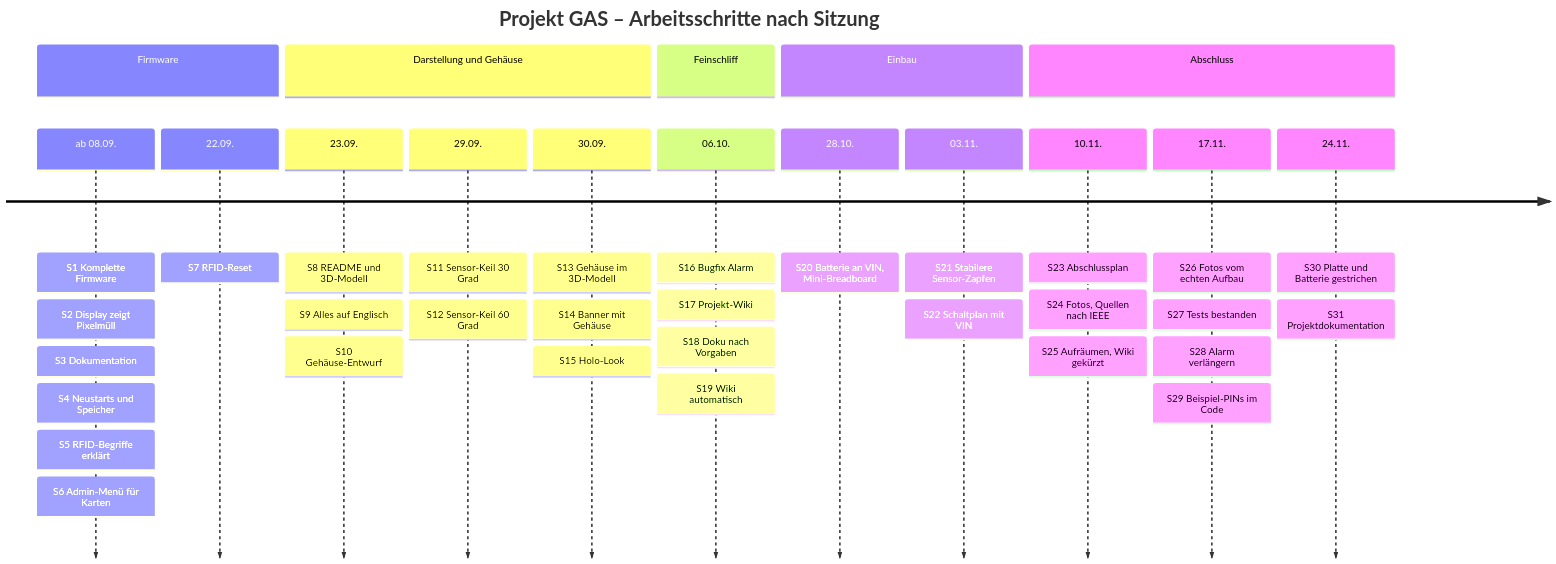
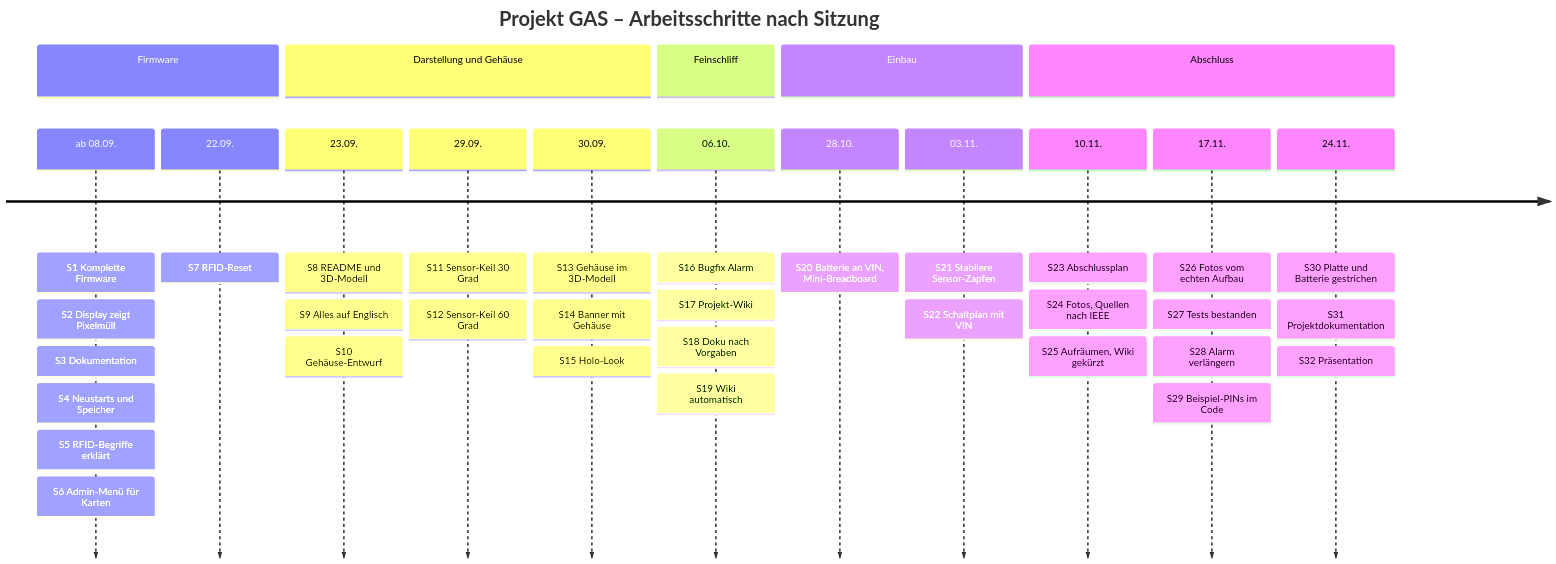
One commit to BBZ-AIFS51/LF7-Projekt_GAS changed the first of 3 diagrams in wiki/Entwicklungsverlauf.md. Above: the diagram before and after it, drawn with Mermaid. The commit also changed other lines of this file and 27 other files, not shown here.

````diff
--- a/wiki/Entwicklungsverlauf.md
+++ b/wiki/Entwicklungsverlauf.md
@@ -23,40 +23,41 @@
 ```mermaid
 timeline
     title Projekt GAS – Arbeitsschritte nach Sitzung
     section Firmware
         ab 08.09. : S1 Komplette Firmware
                   : S2 Display zeigt Pixelmüll
                   : S3 Dokumentation
                   : S4 Neustarts und Speicher
                   : S5 RFID-Begriffe erklärt
                   : S6 Admin-Menü für Karten
         22.09. : S7 RFID-Reset
     section Darstellung und Gehäuse
         23.09. : S8 README und 3D-Modell
                : S9 Alles auf Englisch
                : S10 Gehäuse-Entwurf
         29.09. : S11 Sensor-Keil 30 Grad
                : S12 Sensor-Keil 60 Grad
         30.09. : S13 Gehäuse im 3D-Modell
                : S14 Banner mit Gehäuse
                : S15 Holo-Look
     section Feinschliff
         06.10. : S16 Bugfix Alarm
                : S17 Projekt-Wiki
                : S18 Doku nach Vorgaben
                : S19 Wiki automatisch
     section Einbau
         28.10. : S20 Batterie an VIN, Mini-Breadboard
         03.11. : S21 Stabilere Sensor-Zapfen
                : S22 Schaltplan mit VIN
     section Abschluss
         10.11. : S23 Abschlussplan
                : S24 Fotos, Quellen nach IEEE
                : S25 Aufräumen, Wiki gekürzt
         17.11. : S26 Fotos vom echten Aufbau
                : S27 Tests bestanden
                : S28 Alarm verlängern
                : S29 Beispiel-PINs im Code
         24.11. : S30 Platte und Batterie gestrichen
                : S31 Projektdokumentation
+               : S32 Präsentation
 ```
````
